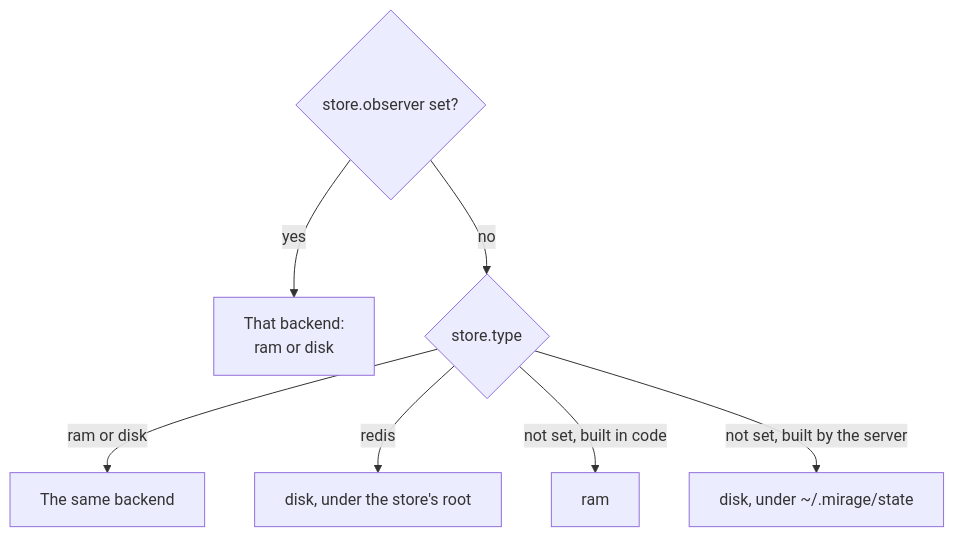
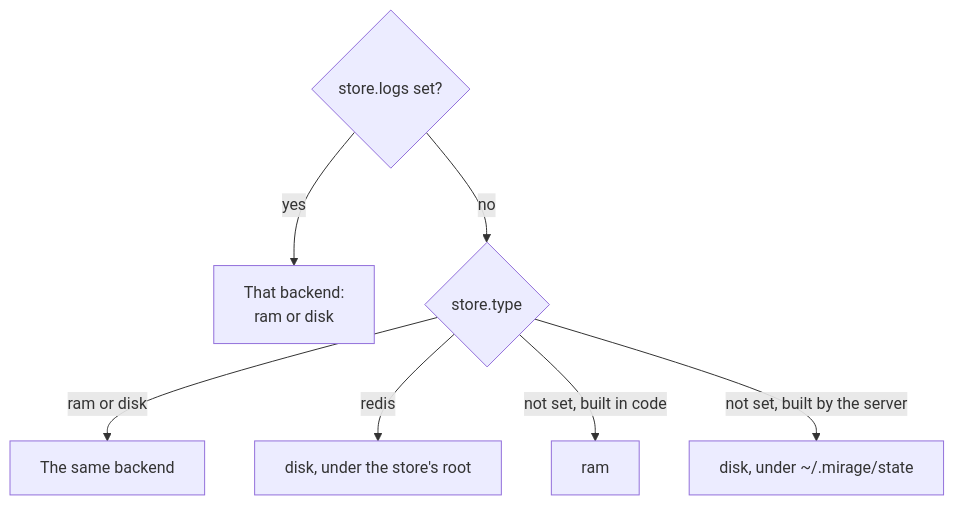
One commit to strukto-ai/mirage changed the second of 2 diagrams in docs/home/infrastructure/command-logs.mdx. Above: the diagram before and after it, drawn with Mermaid. The commit also changed other lines of this file and 32 other files, not shown here.

Commit message:
Rename the store's workspace and observer groups to sessions and logs

````diff
--- a/docs/home/infrastructure/command-logs.mdx
+++ b/docs/home/infrastructure/command-logs.mdx
@@ -139,9 +139,9 @@
 ```mermaid
 flowchart TD
-    Set{"store.observer set?"} -- yes --> Chosen["That backend:<br/>ram or disk"]
+    Set{"store.logs set?"} -- yes --> Chosen["That backend:<br/>ram or disk"]
     Set -- no --> Type{"store.type"}
     Type -- "ram or disk" --> Same["The same backend"]
     Type -- redis --> RedisDisk["disk, under the store's root"]
     Type -- "not set, built in code" --> Ram["ram"]
     Type -- "not set, built by the server" --> ServerDisk["disk, under ~/.mirage/state"]
 ```
````
